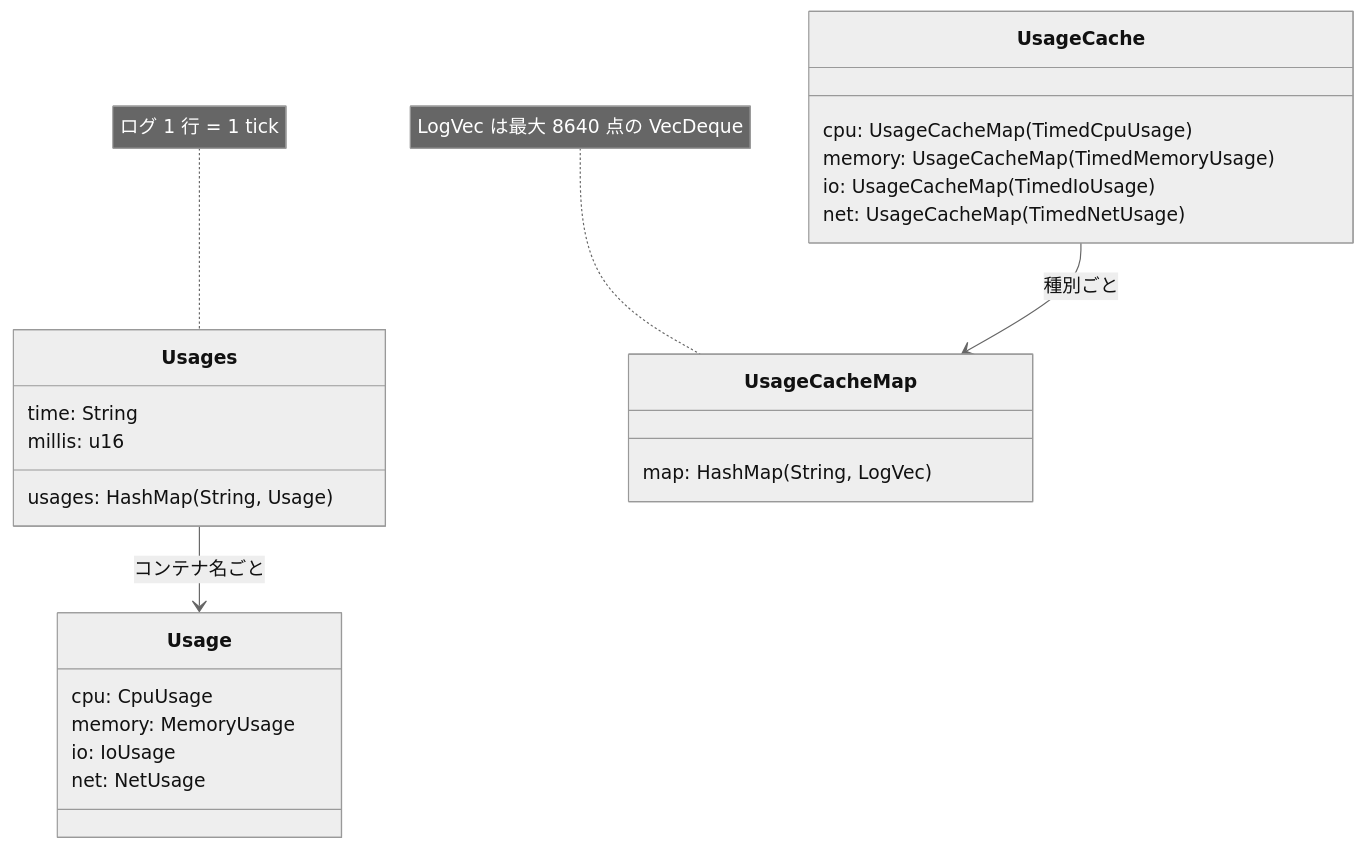
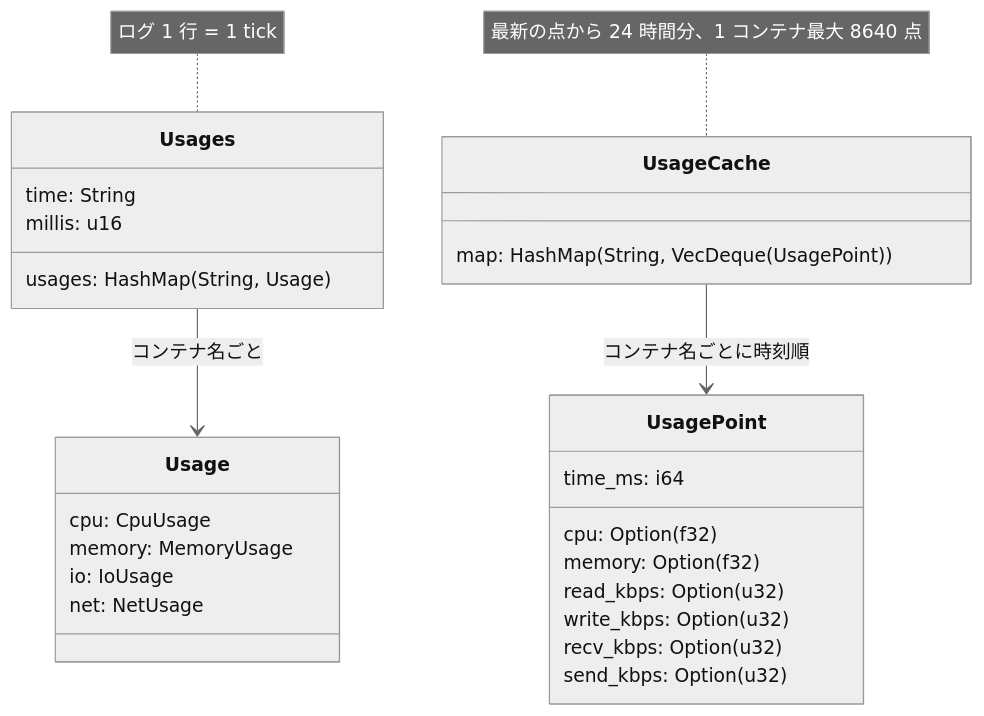
The first of 2 diagrams in core/README.md (Daiius/cephylas), drawn with Mermaid (neutral theme) before and after one commit. The commit also changed other lines of this file and 5 other files, not shown here.

````diff
--- a/core/README.md
+++ b/core/README.md
@@ -20,27 +20,30 @@
 ```mermaid
 classDiagram
     class Usages {
         time: String
         millis: u16
         usages: HashMap(String, Usage)
     }
     class Usage {
         cpu: CpuUsage
         memory: MemoryUsage
         io: IoUsage
         net: NetUsage
     }
     class UsageCache {
-        cpu: UsageCacheMap(TimedCpuUsage)
-        memory: UsageCacheMap(TimedMemoryUsage)
-        io: UsageCacheMap(TimedIoUsage)
-        net: UsageCacheMap(TimedNetUsage)
+        map: HashMap(String, VecDeque(UsagePoint))
     }
-    class UsageCacheMap {
-        map: HashMap(String, LogVec)
+    class UsagePoint {
+        time_ms: i64
+        cpu: Option(f32)
+        memory: Option(f32)
+        read_kbps: Option(u32)
+        write_kbps: Option(u32)
+        recv_kbps: Option(u32)
+        send_kbps: Option(u32)
     }
     Usages --> Usage : コンテナ名ごと
-    UsageCache --> UsageCacheMap : 種別ごと
+    UsageCache --> UsagePoint : コンテナ名ごとに時刻順
     note for Usages "ログ 1 行 = 1 tick"
-    note for UsageCacheMap "LogVec は最大 8640 点の VecDeque"
+    note for UsageCache "最新の点から 24 時間分、1 コンテナ最大 8640 点"
 ```
````
